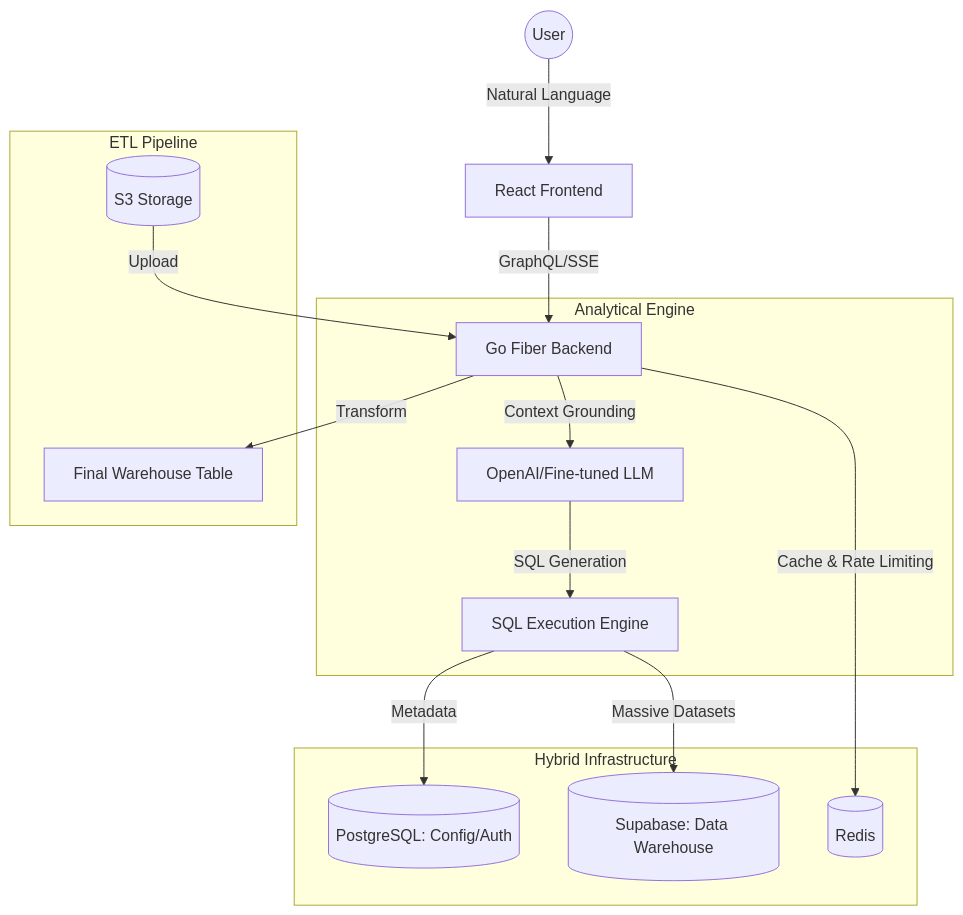
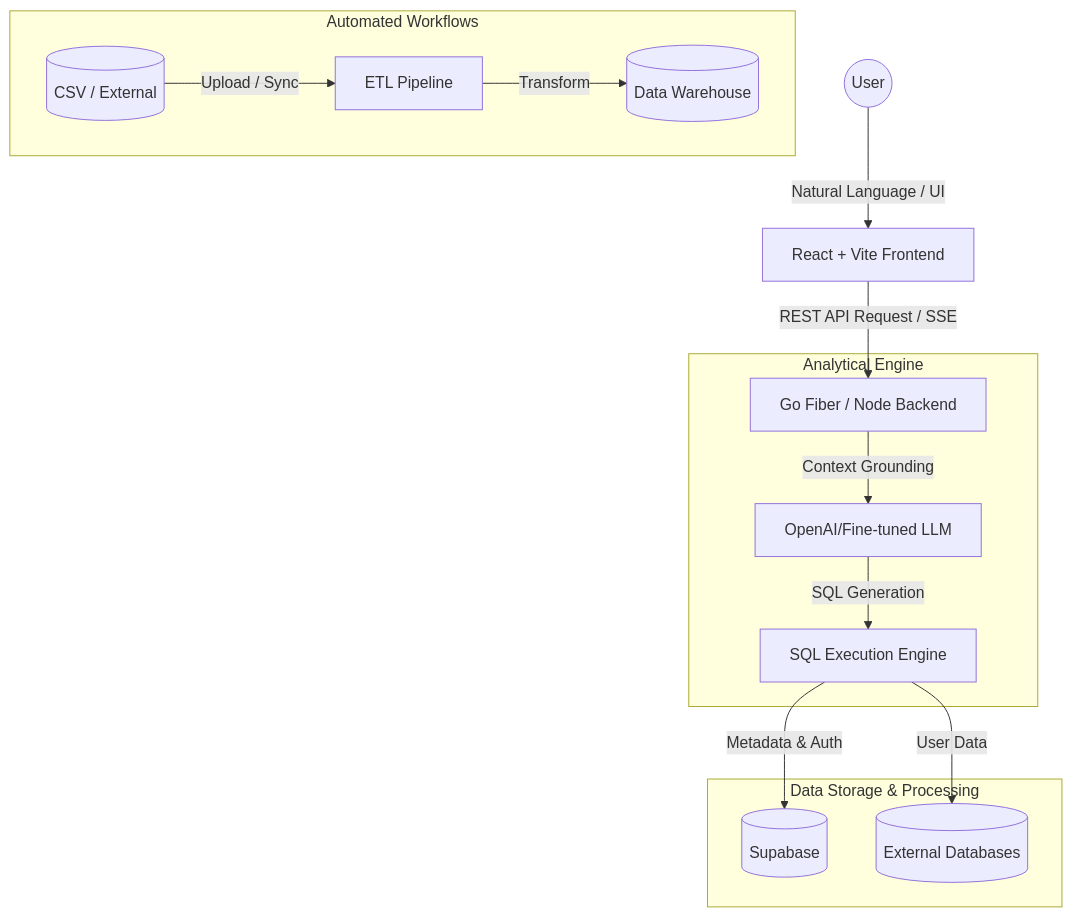
Before and after one commit to yogisyahroni/TOOLS_BI: the diagram in README.md, drawn with Mermaid. The commit also changed other lines of this file, not shown here.

````diff
--- a/README.md
+++ b/README.md
@@ -17,21 +17,20 @@
 ```mermaid
 graph TD
-    User((User)) -->|Natural Language| FE[React Frontend]
-    FE -->|GraphQL/SSE| BE[Go Fiber Backend]
+    User((User)) -->|Natural Language / UI| FE[React + Vite Frontend]
+    FE -->|REST API Request / SSE| BE[Go Fiber / Node Backend]
     
     subgraph "Analytical Engine"
         BE -->|Context Grounding| LLM[OpenAI/Fine-tuned LLM]
         LLM -->|SQL Generation| QueryEngine[SQL Execution Engine]
     end
     
-    subgraph "Hybrid Infrastructure"
-        QueryEngine -->|Metadata| PG1[(PostgreSQL: Config/Auth)]
-        QueryEngine -->|Massive Datasets| PG2[(Supabase: Data Warehouse)]
-        BE -->|Cache & Rate Limiting| Redis[(Redis)]
+    subgraph "Data Storage & Processing"
+        QueryEngine -->|Metadata & Auth| Supabase[(Supabase)]
+        QueryEngine -->|User Data| ExternalDB[(External Databases)]
     end
     
-    subgraph "ETL Pipeline"
-        S3[(S3 Storage)] -->|Upload| BE
-        BE -->|Transform| Warehouse[Final Warehouse Table]
+    subgraph "Automated Workflows"
+        ExtData[(CSV / External)] -->|Upload / Sync| Pipeline[ETL Pipeline]
+        Pipeline -->|Transform| Warehouse[(Data Warehouse)]
     end
 ```
````
